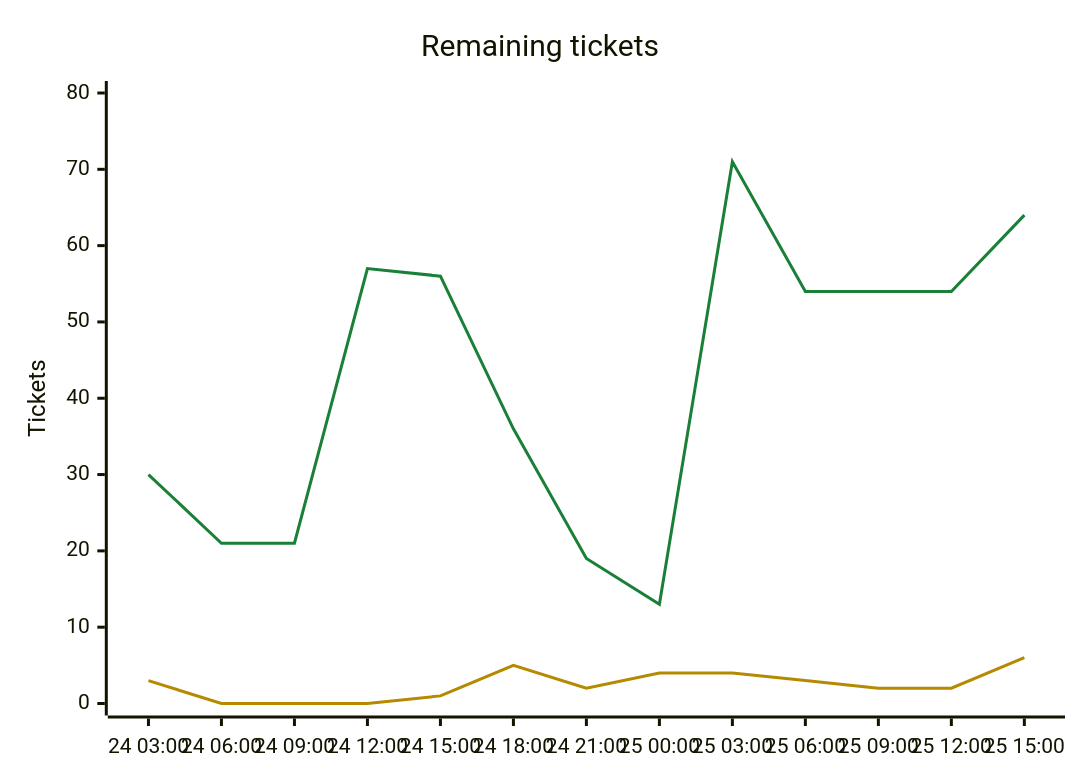
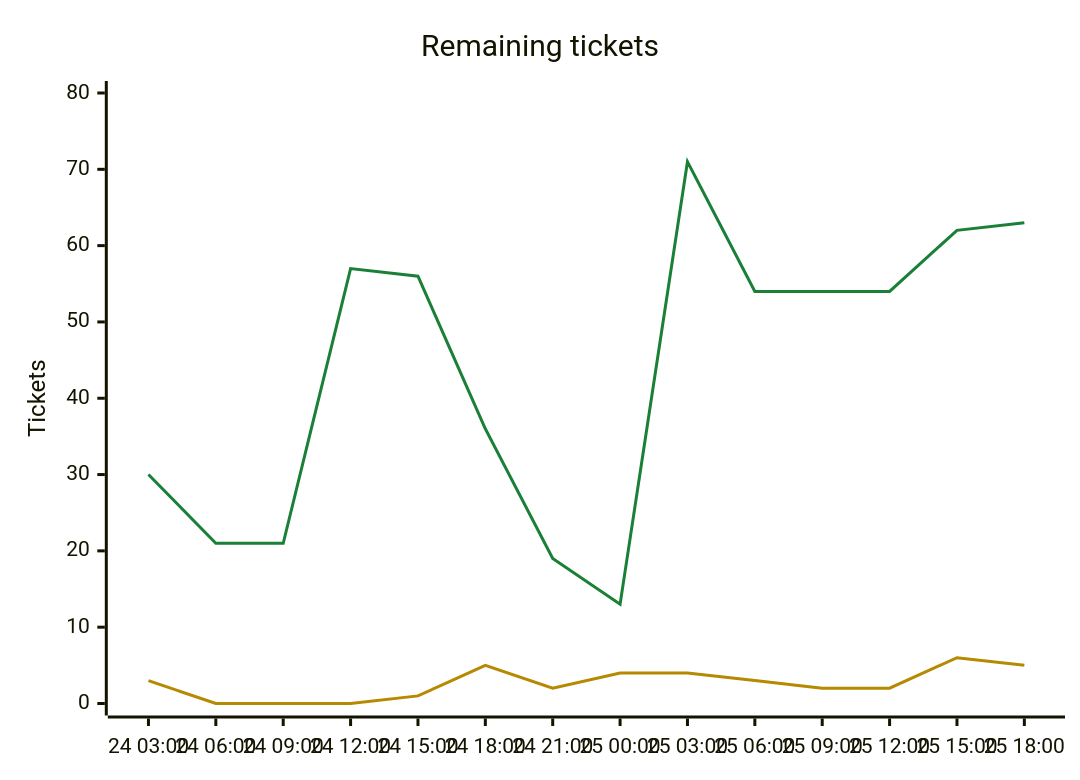
The second of 2 diagrams in csharp/migration/DEPENDENCY_MAP.md (Kenmura/Unciv), drawn with Mermaid before and after one commit. The commit also changed other lines of this file and 3 other files, not shown here.

````diff
--- a/csharp/migration/DEPENDENCY_MAP.md
+++ b/csharp/migration/DEPENDENCY_MAP.md
@@ -530,9 +526,9 @@
 ```mermaid
 %%{init: {"themeVariables": {"xyChart": {"plotColorPalette": "#1a7f37, #b58900"}}}}%%
 xychart-beta
     title "Remaining tickets"
-    x-axis ["24 03:00", "24 06:00", "24 09:00", "24 12:00", "24 15:00", "24 18:00", "24 21:00", "25 00:00", "25 03:00", "25 06:00", "25 09:00", "25 12:00", "25 15:00"]
+    x-axis ["24 03:00", "24 06:00", "24 09:00", "24 12:00", "24 15:00", "24 18:00", "24 21:00", "25 00:00", "25 03:00", "25 06:00", "25 09:00", "25 12:00", "25 15:00", "25 18:00"]
     y-axis "Tickets" 0 --> 80
-    line [30, 21, 21, 57, 56, 36, 19, 13, 71, 54, 54, 54, 64]
-    line [3, 0, 0, 0, 1, 5, 2, 4, 4, 3, 2, 2, 6]
+    line [30, 21, 21, 57, 56, 36, 19, 13, 71, 54, 54, 54, 62, 63]
+    line [3, 0, 0, 0, 1, 5, 2, 4, 4, 3, 2, 2, 6, 5]
 ```
````
